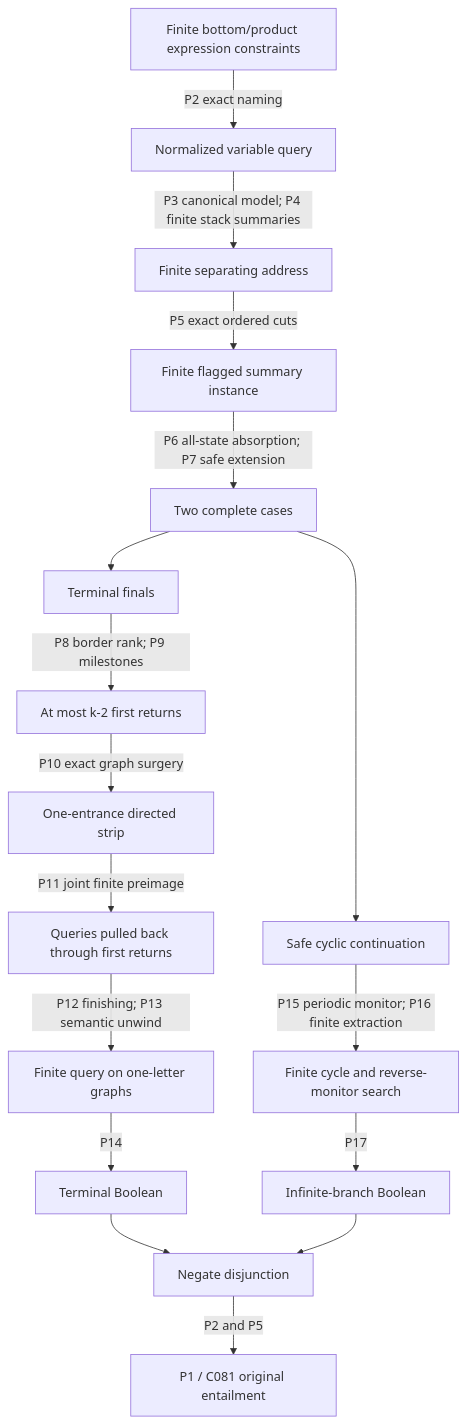
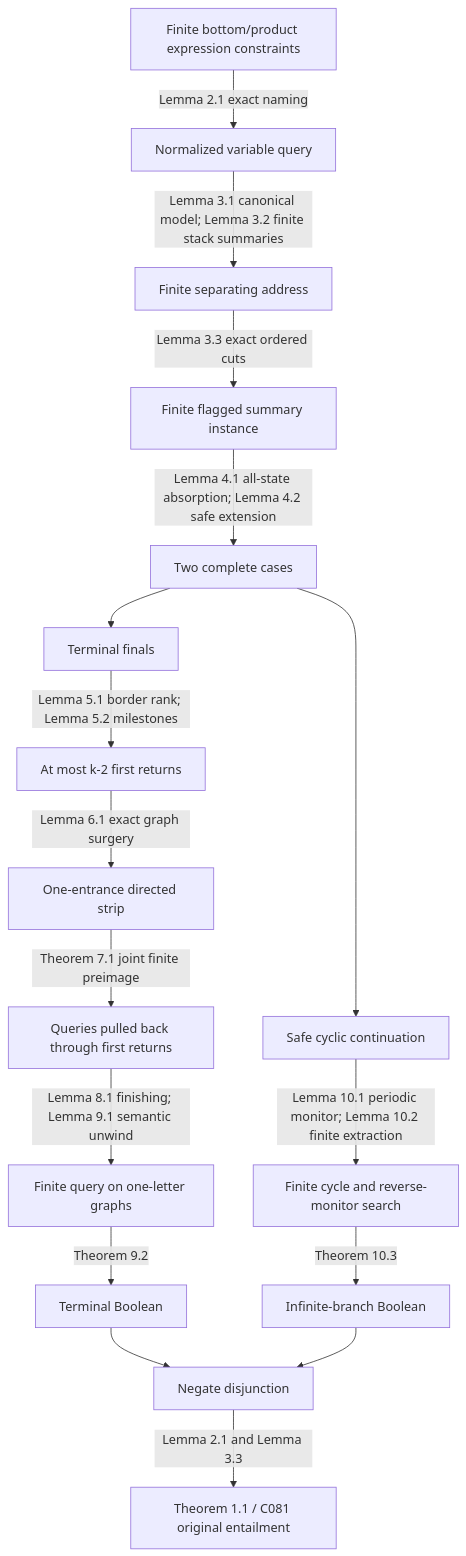
The diagram in paper/dependency-map.md (mhenglein/subtype-entailment), drawn with Mermaid before and after one commit. The commit also changed other lines of this file and 10 other files, not shown here.

Commit message:
Rewrite standalone entailment paper and expose finite diagram checks (#56)

````diff
--- a/paper/dependency-map.md
+++ b/paper/dependency-map.md
@@ -8,19 +8,19 @@
 ```mermaid
 flowchart TD
-  A[Finite bottom/product expression constraints] -->|P2 exact naming| B[Normalized variable query]
-  B -->|P3 canonical model; P4 finite stack summaries| C[Finite separating address]
-  C -->|P5 exact ordered cuts| D[Finite flagged summary instance]
-  D -->|P6 all-state absorption; P7 safe extension| E[Two complete cases]
+  A[Finite bottom/product expression constraints] -->|Lemma 2.1 exact naming| B[Normalized variable query]
+  B -->|Lemma 3.1 canonical model; Lemma 3.2 finite stack summaries| C[Finite separating address]
+  C -->|Lemma 3.3 exact ordered cuts| D[Finite flagged summary instance]
+  D -->|Lemma 4.1 all-state absorption; Lemma 4.2 safe extension| E[Two complete cases]
   E --> T[Terminal finals]
   E --> I[Safe cyclic continuation]
-  T -->|P8 border rank; P9 milestones| R[At most k-2 first returns]
-  R -->|P10 exact graph surgery| Q[One-entrance directed strip]
-  Q -->|P11 joint finite preimage| U[Queries pulled back through first returns]
-  U -->|P12 finishing; P13 semantic unwind| V[Finite query on one-letter graphs]
-  V -->|P14| J[Terminal Boolean]
-  I -->|P15 periodic monitor; P16 finite extraction| K[Finite cycle and reverse-monitor search]
-  K -->|P17| L[Infinite-branch Boolean]
+  T -->|Lemma 5.1 border rank; Lemma 5.2 milestones| R[At most k-2 first returns]
+  R -->|Lemma 6.1 exact graph surgery| Q[One-entrance directed strip]
+  Q -->|Theorem 7.1 joint finite preimage| U[Queries pulled back through first returns]
+  U -->|Lemma 8.1 finishing; Lemma 9.1 semantic unwind| V[Finite query on one-letter graphs]
+  V -->|Theorem 9.2| J[Terminal Boolean]
+  I -->|Lemma 10.1 periodic monitor; Lemma 10.2 finite extraction| K[Finite cycle and reverse-monitor search]
+  K -->|Theorem 10.3| L[Infinite-branch Boolean]
   J --> N[Negate disjunction]
   L --> N
-  N -->|P2 and P5| Z[P1 / C081 original entailment]
+  N -->|Lemma 2.1 and Lemma 3.3| Z[Theorem 1.1 / C081 original entailment]
 ```
````
